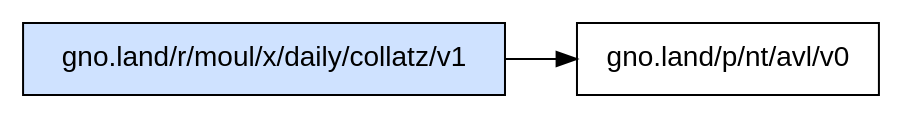
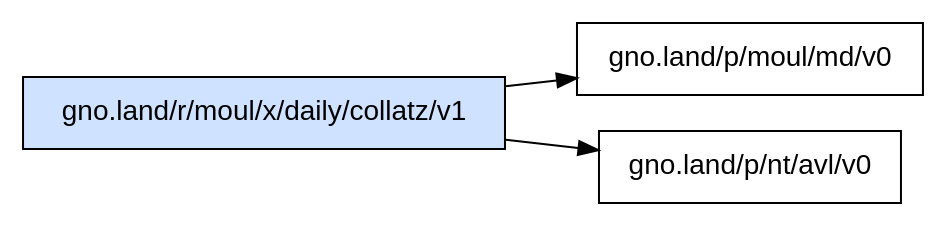
The diagram in _assets/gno.land/r/moul/x/daily/collatz/v1/deps.dot (moul/gno-contracts), drawn with Graphviz before and after one commit. The commit also changed 49 other files, not shown here.

Commit message:
chore: regenerate catalog, graphs and on-chain status [skip ci]

```diff
--- a/_assets/gno.land/r/moul/x/daily/collatz/v1/deps.dot
+++ b/_assets/gno.land/r/moul/x/daily/collatz/v1/deps.dot
@@ -1,6 +1,7 @@
 digraph deps {
   rankdir=LR;
   node [shape=box, fontname="sans-serif"];
   "gno.land/r/moul/x/daily/collatz/v1" [style=filled, fillcolor="#cfe2ff"];
+  "gno.land/r/moul/x/daily/collatz/v1" -> "gno.land/p/moul/md/v0";
   "gno.land/r/moul/x/daily/collatz/v1" -> "gno.land/p/nt/avl/v0";
 }
```
